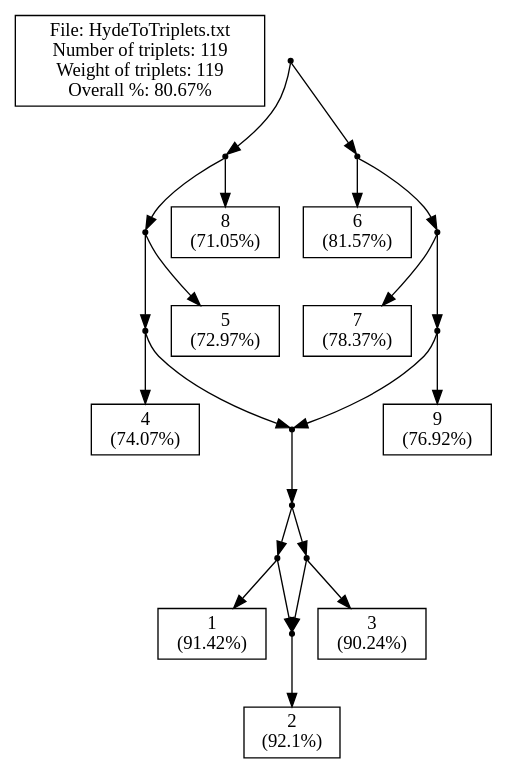
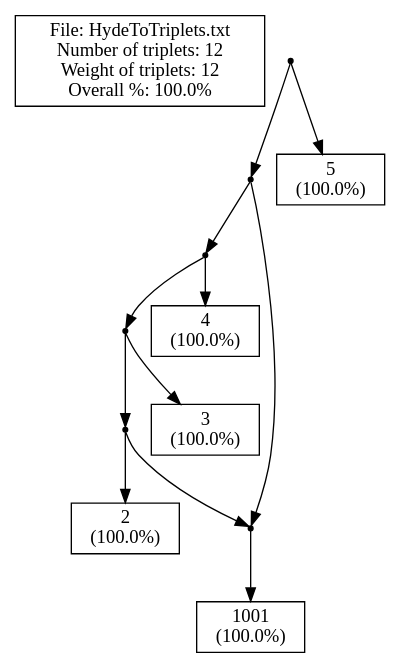
The diagram in ParsingTxt/Launcher/cExample1.dot (iharnoor/PhylogeneticsWebsite), drawn with Graphviz before and after one commit. The commit also changed 13 other files, not shown here.

```diff
--- a/ParsingTxt/Launcher/cExample1.dot
+++ b/ParsingTxt/Launcher/cExample1.dot
@@ -1,81 +1,51 @@
 // LEV1ATHAN Version 1.0, 21 september 2009
 // COMMENT: Pre-processing the input file to count the leaves
-// COMMENT: Pre-processing showed that there are 9 leaves in the input.
-// SUMMARY: Input had 9 leaves.
+// COMMENT: Pre-processing showed that there are 5 leaves in the input.
+// SUMMARY: Input had 5 leaves.
 // USER-SETTING: Will *not* post-process output to collapse edges.
 // COMMENT: Triplet set is already dense.
-// SUMMARY: There are 119 triplets in the input.
-// SUMMARY: Total weight of input triplets is 119.
+// SUMMARY: There are 12 triplets in the input.
+// SUMMARY: Total weight of input triplets is 12.
 // COMMENT: We achieved non-trivial local perfection.
 // SUMMARY: (Before post-processing)
-// SUMMARY: We got 96 units of triplet weight, that's 80.67% of total weight.
-// SUMMARY: In total 23 units of triplet weight were -not- consistent with the ouput network.
-// SUMMARY: Output network contained 34 triplets -not- in the original input.
-// SUMMARY: The symmetric difference is thus 23 + (1 * 34) = 57
+// SUMMARY: We got 12 units of triplet weight, that's 100.0% of total weight.
+// SUMMARY: In total 0 units of triplet weight were -not- consistent with the ouput network.
+// SUMMARY: Output network contained 1 triplets -not- in the original input.
+// SUMMARY: The symmetric difference is thus 0 + (1 * 1) = 1
 // SUMMARY: (After post-processing)
 strict digraph G1 {
 edge [fontsize=8]
-labelbox [shape=box, width=0.4, label="File: HydeToTriplets.txt\nNumber of triplets: 119\nWeight of triplets: 119\nOverall %: 80.67%"];
+labelbox [shape=box, width=0.4, label="File: HydeToTriplets.txt\nNumber of triplets: 12\nWeight of triplets: 12\nOverall %: 100.0%"];
 1000 [shape=point];
 1001 [shape=point];
 1002 [shape=point];
 1003 [shape=point];
 1004 [shape=point];
 1005 [shape=point];
-1006 [shape=point];
-1007 [shape=point];
-1 [shape=box, width=0.3, label="2\n(92.1%)"];
-2 [shape=box, width=0.3, label="1\n(91.42%)"];
-1010 [shape=point];
-3 [shape=box, width=0.3, label="3\n(90.24%)"];
-4 [shape=box, width=0.3, label="4\n(74.07%)"];
-5 [shape=box, width=0.3, label="5\n(72.97%)"];
-8 [shape=box, width=0.3, label="8\n(71.05%)"];
-1015 [shape=point];
-6 [shape=box, width=0.3, label="6\n(81.57%)"];
-1017 [shape=point];
-7 [shape=box, width=0.3, label="7\n(78.37%)"];
-1019 [shape=point];
-9 [shape=box, width=0.3, label="9\n(76.92%)"];
+2 [shape=box, width=0.3, label="1001\n(100.0%)"];
+1 [shape=box, width=0.3, label="2\n(100.0%)"];
+3 [shape=box, width=0.3, label="3\n(100.0%)"];
+4 [shape=box, width=0.3, label="4\n(100.0%)"];
+5 [shape=box, width=0.3, label="5\n(100.0%)"];
 1000 -> 1001
-1000 -> 1015
+1000 -> 5
 1001 -> 1002
-1001 -> 8
+1001 -> 1005
 1002 -> 1003
-1002 -> 5
+1002 -> 4
 1003 -> 1004
-1003 -> 4
+1003 -> 3
 1004 -> 1005
-1005 -> 1006
-1005 -> 1010
-1006 -> 1007
-1006 -> 2
-1007 -> 1
-1010 -> 3
-1010 -> 1007
-1007 -> 1
-1015 -> 6
-1015 -> 1017
-1017 -> 7
-1017 -> 1019
-1019 -> 9
-1019 -> 1004
-1004 -> 1005
-1005 -> 1006
-1005 -> 1010
-1006 -> 1007
-1006 -> 2
-1007 -> 1
-1010 -> 3
-1010 -> 1007
-1007 -> 1
+1004 -> 1
+1005 -> 2
+1005 -> 2
 }
-// SUMMARY: eNewick output: ((((((((2)#H1,1),(3,#H1)))#H2,4),5),8),(6,(7,(9,#H2))));
-// SUMMARY: In total 23 units of triplet weight were -not- consistent with the ouput network.
-// SUMMARY: Output network contained 34 triplets -not- in the original input.
+// SUMMARY: eNewick output: ((((((1001)#H1,2),3),4),#H1),5);
+// SUMMARY: In total 0 units of triplet weight were -not- consistent with the ouput network.
+// SUMMARY: Output network contained 1 triplets -not- in the original input.
 // SUMMARY: Weight of missing triplets before contraction minus weight of missing triplets afterwards: 0
 // SUMMARY: Number of surplus triplets before contraction minus number of surplus triplets afterwards: 0
-// CONCLUSION: After post-processing we got 96 units of triplet weight, that's 80.67% of total weight (before post-processing this was 80.67%).
-// CONCLUSION: After post-processing the symmetric difference is thus 23 + (1 * 34) = 57 (before post-processing this was 57)
-// STAT: PERCENTAGE = 80.67
-// STAT: NETWORK-TRIPLET SD = 57
+// CONCLUSION: After post-processing we got 12 units of triplet weight, that's 100.0% of total weight (before post-processing this was 100.0%).
+// CONCLUSION: After post-processing the symmetric difference is thus 0 + (1 * 1) = 1 (before post-processing this was 1)
+// STAT: PERCENTAGE = 100.0
+// STAT: NETWORK-TRIPLET SD = 1
```
